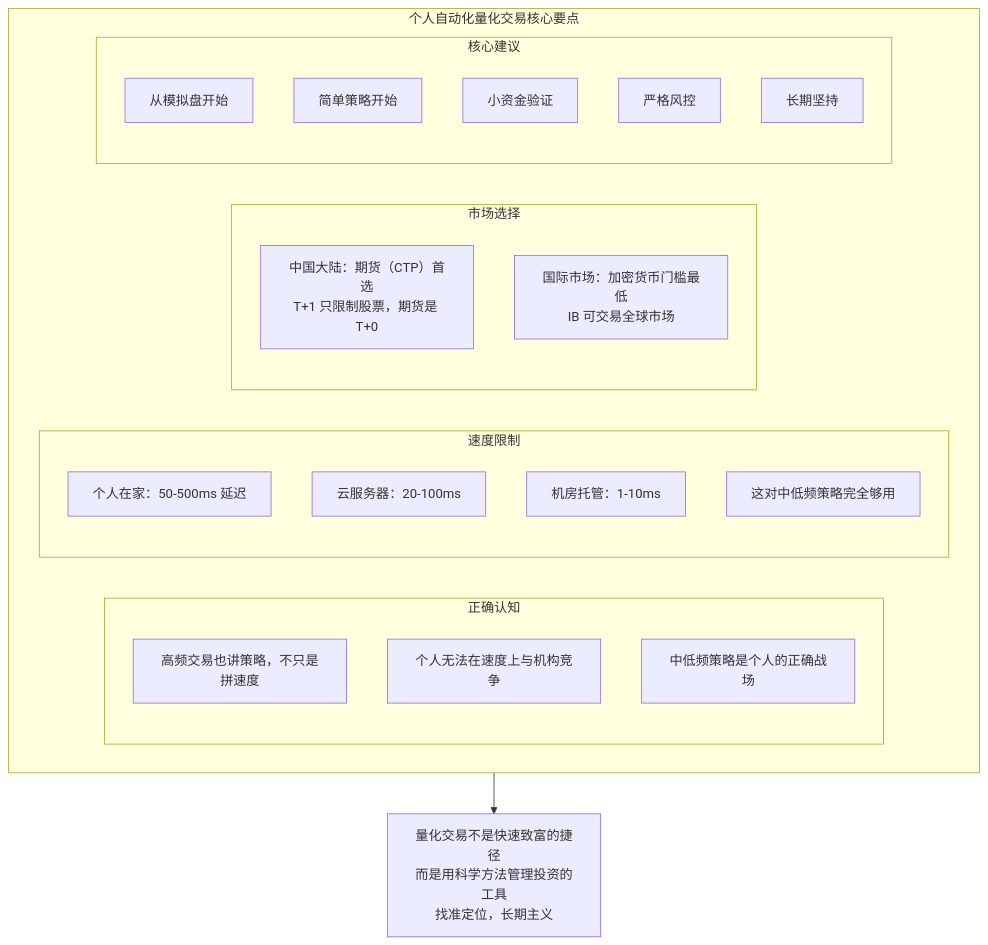
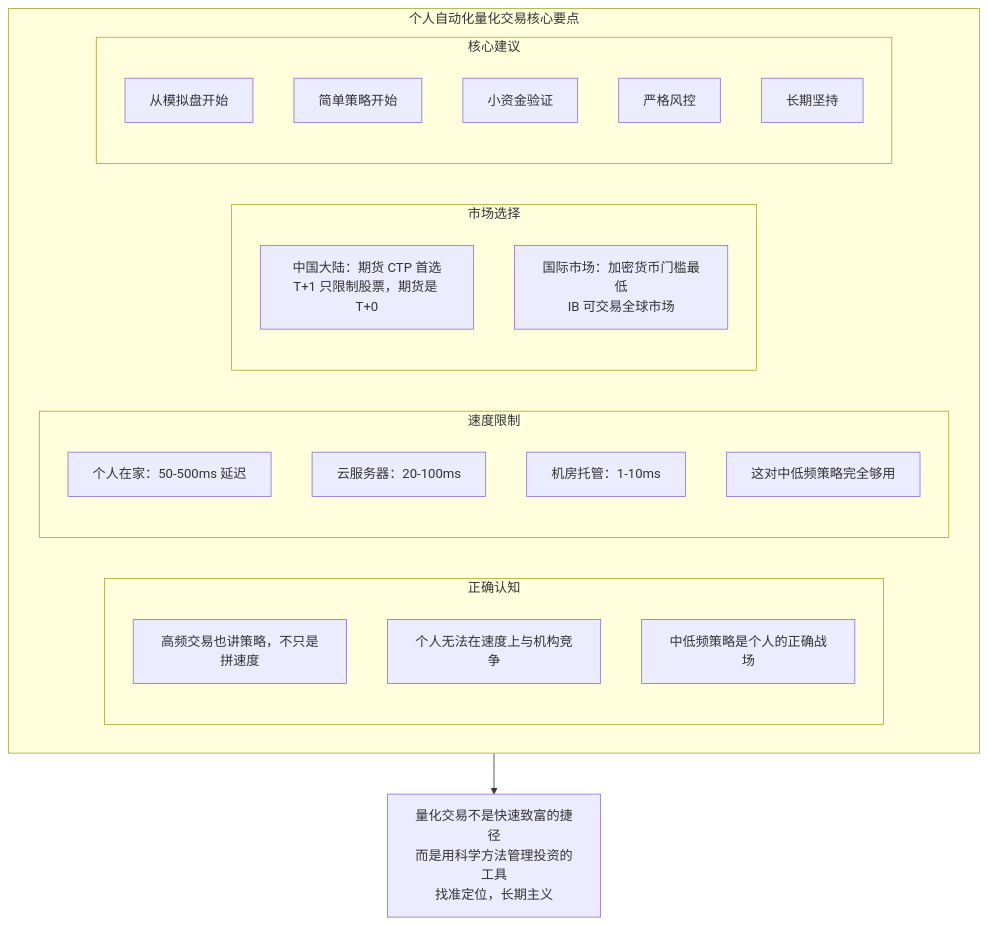
Before and after one commit to jpixy/jpixy.github.io: the third of 3 diagrams in content/articles/quant/quant-18-个人自动化量化交易入门.md, drawn with Mermaid. The commit also changed other lines of this file and 66 other files, not shown here.

Commit message:
fix: resolve Mermaid syntax errors by removing parentheses in node labels

````diff
--- a/content/articles/quant/quant-18-个人自动化量化交易入门.md
+++ b/content/articles/quant/quant-18-个人自动化量化交易入门.md
@@ -1011,28 +1011,28 @@
 ```mermaid
 graph TB
     subgraph 核心要点["个人自动化量化交易核心要点"]
         subgraph 正确认知
             A1["高频交易也讲策略，不只是拼速度"]
             A2["个人无法在速度上与机构竞争"]
             A3["中低频策略是个人的正确战场"]
         end
         subgraph 速度限制
             B1["个人在家：50-500ms 延迟"]
             B2["云服务器：20-100ms"]
             B3["机房托管：1-10ms"]
             B4["这对中低频策略完全够用"]
         end
         subgraph 市场选择
-            C1["中国大陆：期货（CTP）首选<br/>T+1 只限制股票，期货是 T+0"]
+            C1["中国大陆：期货 CTP 首选<br/>T+1 只限制股票，期货是 T+0"]
             C2["国际市场：加密货币门槛最低<br/>IB 可交易全球市场"]
         end
         subgraph 核心建议
             D1["从模拟盘开始"]
             D2["简单策略开始"]
             D3["小资金验证"]
             D4["严格风控"]
             D5["长期坚持"]
         end
     end
     核心要点 --> 结论["量化交易不是快速致富的捷径<br/>而是用科学方法管理投资的工具<br/>找准定位，长期主义"]
 ```
````
